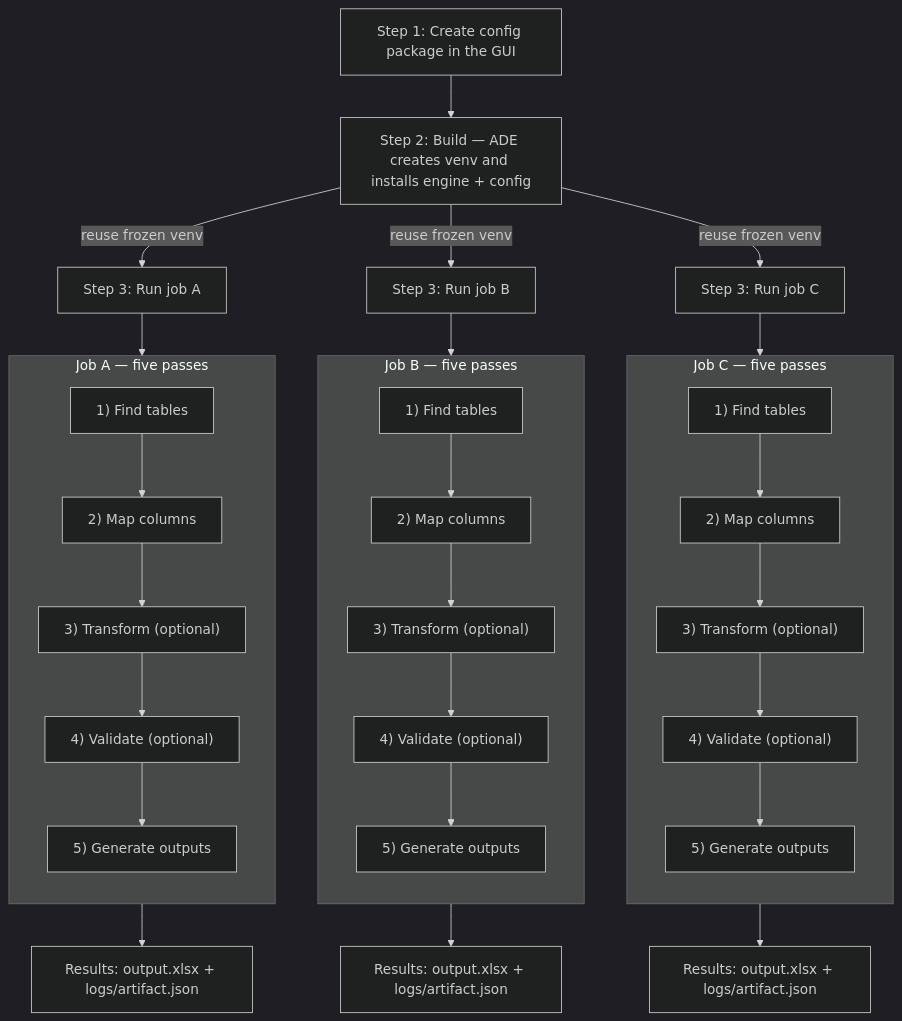
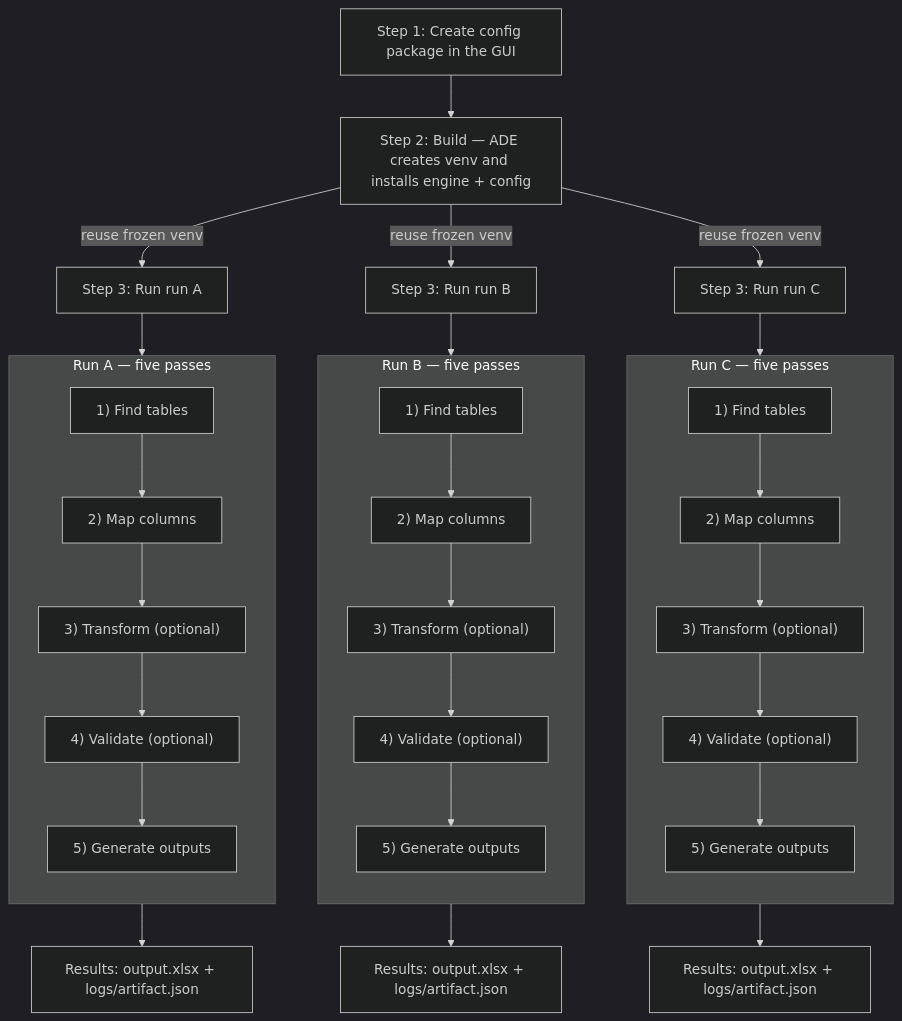
One commit to clac-ca/automatic-data-extractor changed the diagram in docs/developers/README.md. Above: the diagram before and after it, drawn with Mermaid (dark theme). The commit also changed other lines of this file and 101 other files, not shown here.

````diff
--- a/docs/developers/README.md
+++ b/docs/developers/README.md
@@ -103,38 +103,38 @@
 ```mermaid
 flowchart TD
     S1["Step 1: Create config package in the GUI"] --> S2["Step 2: Build — ADE creates venv and installs engine + config"]
 
-    %% Job A
-    S2 -->|reuse frozen venv| J1["Step 3: Run job A"]
-    subgraph Job_A["Job A — five passes"]
+    %% Run A
+    S2 -->|reuse frozen venv| J1["Step 3: Run run A"]
+    subgraph Run_A["Run A — five passes"]
         direction TB
         A1["1) Find tables"]
         A2["2) Map columns"]
         A3["3) Transform (optional)"]
         A4["4) Validate (optional)"]
         A5["5) Generate outputs"]
         A1 --> A2 --> A3 --> A4 --> A5
     end
     J1 --> A1
     A5 --> R1["Results: output.xlsx + logs/artifact.json"]
 
-    %% Job B
-    S2 -->|reuse frozen venv| J2["Step 3: Run job B"]
-    subgraph Job_B["Job B — five passes"]
+    %% Run B
+    S2 -->|reuse frozen venv| J2["Step 3: Run run B"]
+    subgraph Run_B["Run B — five passes"]
         direction TB
         B1["1) Find tables"] --> B2["2) Map columns"] --> B3["3) Transform (optional)"]
         B3 --> B4["4) Validate (optional)"] --> B5["5) Generate outputs"]
     end
     J2 --> B1
     B5 --> R2["Results: output.xlsx + logs/artifact.json"]
 
-    %% Job C
-    S2 -->|reuse frozen venv| J3["Step 3: Run job C"]
-    subgraph Job_C["Job C — five passes"]
+    %% Run C
+    S2 -->|reuse frozen venv| J3["Step 3: Run run C"]
+    subgraph Run_C["Run C — five passes"]
         direction TB
         C1["1) Find tables"] --> C2["2) Map columns"] --> C3["3) Transform (optional)"]
         C3 --> C4["4) Validate (optional)"] --> C5["5) Generate outputs"]
     end
     J3 --> C1
     C5 --> R3["Results: output.xlsx + logs/artifact.json"]
 ```
````
